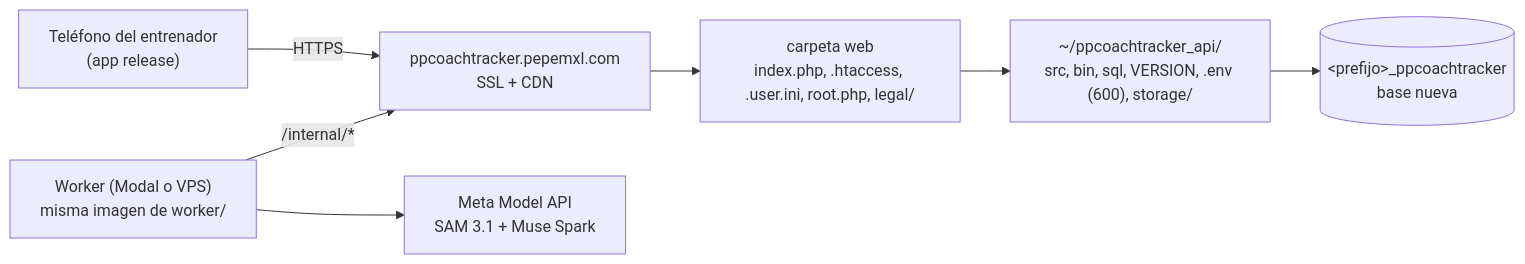
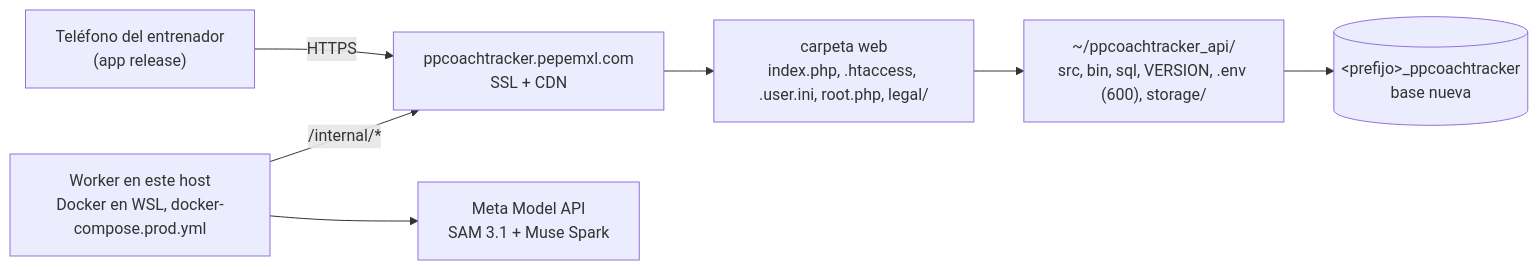
Before and after one commit to pepemxl/meta-ai-hackathon-2026: the second of 3 diagrams in docs/arquitectura/05-despliegue.md, drawn with Mermaid. The commit also changed other lines of this file and 6 other files, not shown here.

First line of the commit message:
Despliega el worker de producción en este host con Docker en WSL

````diff
--- a/docs/arquitectura/05-despliegue.md
+++ b/docs/arquitectura/05-despliegue.md
@@ -64,9 +64,9 @@
 ```mermaid
 flowchart LR
     phone["Teléfono del entrenador<br/>(app release)"] -->|HTTPS| sub["ppcoachtracker.pepemxl.com<br/>SSL + CDN"]
     sub --> web["carpeta web<br/>index.php, .htaccess, .user.ini, root.php, legal/"]
     web --> appdir["~/ppcoachtracker_api/<br/>src, bin, sql, VERSION, .env (600), storage/"]
     appdir --> maria[("&lt;prefijo&gt;_ppcoachtracker<br/>base nueva")]
-    worker["Worker (Modal o VPS)<br/>misma imagen de worker/"] -->|"/internal/*"| sub
+    worker["Worker en este host<br/>Docker en WSL, docker-compose.prod.yml"] -->|"/internal/*"| sub
     worker --> meta["Meta Model API<br/>SAM 3.1 + Muse Spark"]
 ```
````
